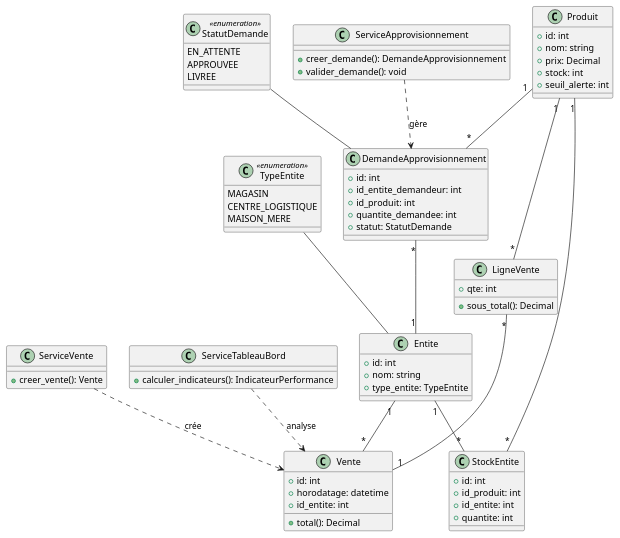
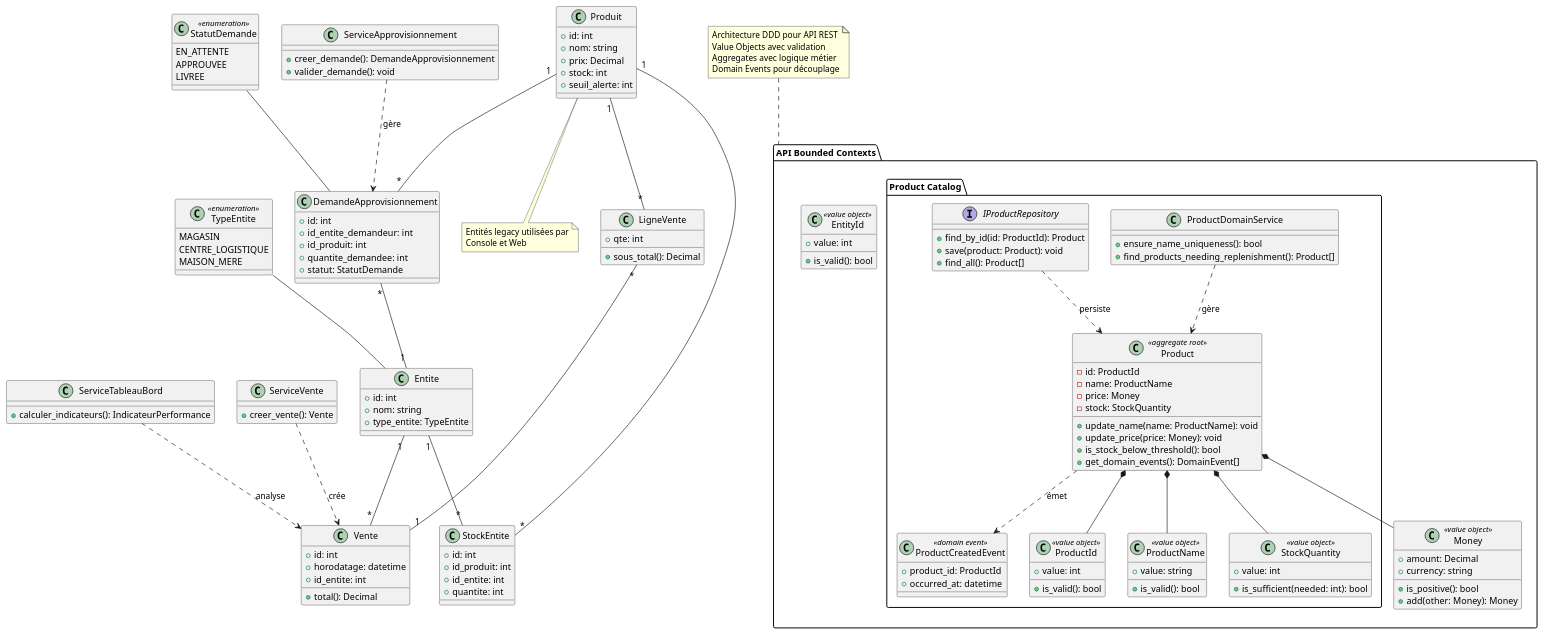
One commit to MelvinSDRS/log430-lab7-bis changed the diagram in docs/uml/classes.puml. Above: the diagram before and after it, drawn with PlantUML. The commit also changed 19 other files, not shown here.

```diff
--- a/docs/uml/classes.puml
+++ b/docs/uml/classes.puml
@@ -1,90 +1,179 @@
 @startuml
 ' Entités métier principales
 class Produit {
   +id: int
   +nom: string
   +prix: Decimal
   +stock: int
   +seuil_alerte: int
 }
 
 class Vente {
   +id: int
   +horodatage: datetime
   +id_entite: int
   +total(): Decimal
 }
 
 class LigneVente {
   +qte: int
   +sous_total(): Decimal
 }
 
 ' Entités multi-magasins
 class Entite {
   +id: int
   +nom: string
   +type_entite: TypeEntite
 }
 
 class TypeEntite <<enumeration>> {
   MAGASIN
   CENTRE_LOGISTIQUE
   MAISON_MERE
 }
 
 class StockEntite {
   +id: int
   +id_produit: int
   +id_entite: int
   +quantite: int
 }
 
 class DemandeApprovisionnement {
   +id: int
   +id_entite_demandeur: int
   +id_produit: int
   +quantite_demandee: int
   +statut: StatutDemande
 }
 
 class StatutDemande <<enumeration>> {
   EN_ATTENTE
   APPROUVEE
   LIVREE
 }
 
 ' Services essentiels
 class ServiceVente {
   +creer_vente(): Vente
 }
 
 class ServiceApprovisionnement {
   +creer_demande(): DemandeApprovisionnement
   +valider_demande(): void
 }
 
 class ServiceTableauBord {
   +calculer_indicateurs(): IndicateurPerformance
 }
 
+' Architecture DDD pour API
+package "API Bounded Contexts" {
+  
+  ' Shared Value Objects
+  class Money <<value object>> {
+    +amount: Decimal
+    +currency: string
+    +is_positive(): bool
+    +add(other: Money): Money
+  }
+  
+  class EntityId <<value object>> {
+    +value: int
+    +is_valid(): bool
+  }
+  
+  ' Product Catalog Bounded Context
+  package "Product Catalog" {
+    
+    ' Value Objects
+    class ProductId <<value object>> {
+      +value: int
+      +is_valid(): bool
+    }
+    
+    class ProductName <<value object>> {
+      +value: string
+      +is_valid(): bool
+    }
+    
+    class StockQuantity <<value object>> {
+      +value: int
+      +is_sufficient(needed: int): bool
+    }
+    
+    ' Aggregate Root
+    class Product <<aggregate root>> {
+      -id: ProductId
+      -name: ProductName
+      -price: Money
+      -stock: StockQuantity
+      +update_name(name: ProductName): void
+      +update_price(price: Money): void
+      +is_stock_below_threshold(): bool
+      +get_domain_events(): DomainEvent[]
+    }
+    
+    ' Domain Events
+    class ProductCreatedEvent <<domain event>> {
+      +product_id: ProductId
+      +occurred_at: datetime
+    }
+    
+    ' Domain Service
+    class ProductDomainService {
+      +ensure_name_uniqueness(): bool
+      +find_products_needing_replenishment(): Product[]
+    }
+    
+    ' Repository Interface
+    interface IProductRepository {
+      +find_by_id(id: ProductId): Product
+      +save(product: Product): void
+      +find_all(): Product[]
+    }
+  }
+}
+
 ' Relations principales
 Produit "1" -- "*" StockEntite
 Produit "1" -- "*" LigneVente
 Produit "1" -- "*" DemandeApprovisionnement
 
 Entite "1" -- "*" StockEntite
 Entite "1" -- "*" Vente
 
 LigneVente "*" -- "1" Vente
 DemandeApprovisionnement "*" -- "1" Entite
 
 TypeEntite -- Entite
 StatutDemande -- DemandeApprovisionnement
 
 ' Relations services
 ServiceVente ..> Vente : crée
 ServiceApprovisionnement ..> DemandeApprovisionnement : gère
 ServiceTableauBord ..> Vente : analyse
 
+' Relations DDD
+Product *-- ProductId
+Product *-- ProductName
+Product *-- Money
+Product *-- StockQuantity
+Product ..> ProductCreatedEvent : émet
+ProductDomainService ..> Product : gère
+IProductRepository ..> Product : persiste
+
+note top of "API Bounded Contexts"
+  Architecture DDD pour API REST
+  Value Objects avec validation
+  Aggregates avec logique métier
+  Domain Events pour découplage
+end note
+
+note bottom of Produit
+  Entités legacy utilisées par
+  Console et Web
+end note
+
 @enduml
```
